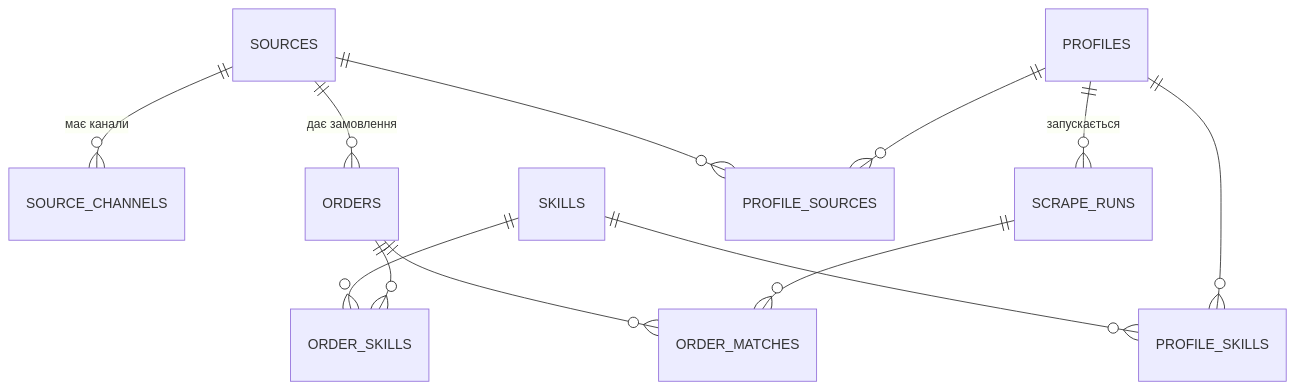
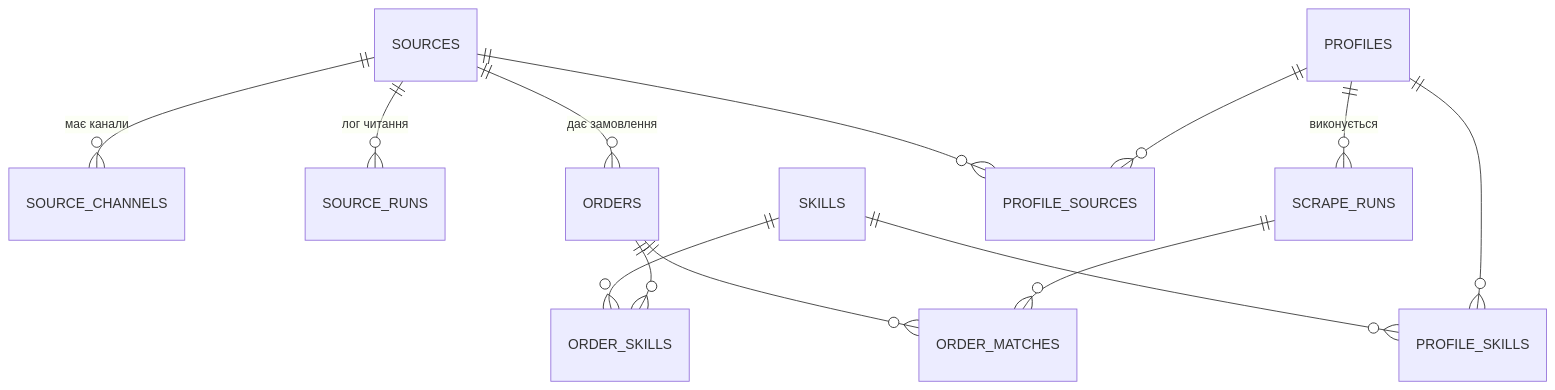
Before and after one commit to FareinheitsTemp/JuniorMayWork: the diagram in docs/DB_DESIGN_V4.md, drawn with Mermaid. The commit also changed other lines of this file and 3 other files, not shown here.

First line of the commit message:
feat(radar): source_runs для v4

````diff
--- a/docs/DB_DESIGN_V4.md
+++ b/docs/DB_DESIGN_V4.md
@@ -18,14 +16,15 @@
 ```mermaid
 erDiagram
     SOURCES ||--o{ SOURCE_CHANNELS : "має канали"
+    SOURCES ||--o{ SOURCE_RUNS : "лог читання"
     SOURCES ||--o{ ORDERS : "дає замовлення"
     ORDERS ||--o{ ORDER_SKILLS : ""
     SKILLS ||--o{ ORDER_SKILLS : ""
     PROFILES ||--o{ PROFILE_SKILLS : ""
     SKILLS ||--o{ PROFILE_SKILLS : ""
     PROFILES ||--o{ PROFILE_SOURCES : ""
     SOURCES ||--o{ PROFILE_SOURCES : ""
-    PROFILES ||--o{ SCRAPE_RUNS : "запускається"
+    PROFILES ||--o{ SCRAPE_RUNS : "виконується"
     SCRAPE_RUNS ||--o{ ORDER_MATCHES : ""
     ORDERS ||--o{ ORDER_MATCHES : ""
 ```
````
